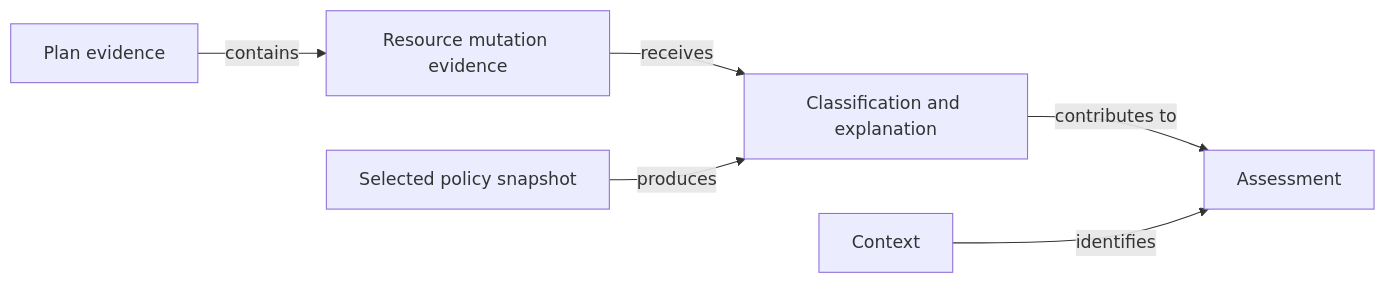
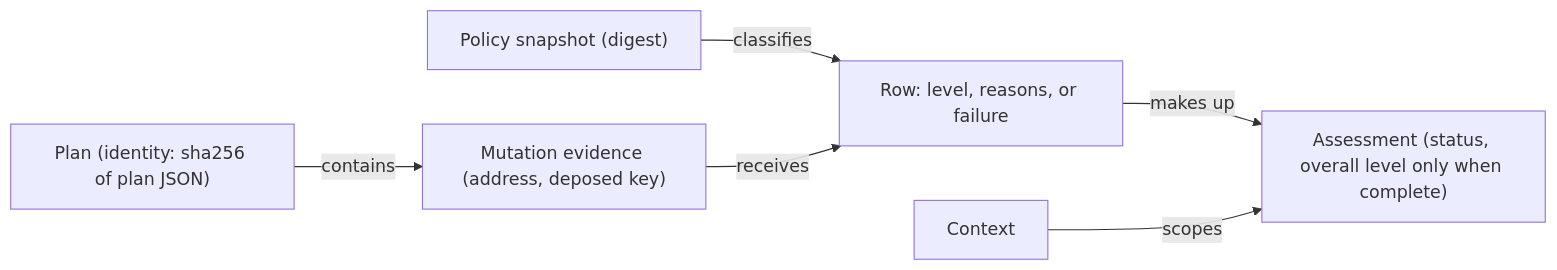
One commit to lmarqs/terraform-ui changed the third of 3 diagrams in docs/development/risk-policy-design.md. Above: the diagram before and after it, drawn with Mermaid. The commit also changed other lines of this file and 6 other files, not shown here.

First line of the commit message:
docs: rewrite the risk policy design as the architecture that shipped

````diff
--- a/docs/development/risk-policy-design.md
+++ b/docs/development/risk-policy-design.md
@@ -159,8 +198,8 @@
 ```mermaid
 flowchart LR
-  P["Plan evidence"] -->|contains| M["Resource mutation evidence"]
-  M -->|receives| C["Classification and explanation"]
-  S["Selected policy snapshot"] -->|produces| C
-  C -->|contributes to| A["Assessment"]
-  X["Context"] -->|identifies| A
+  PLAN["Plan (identity: sha256 of plan JSON)"] -->|contains| MUT["Mutation evidence (address, deposed key)"]
+  SRC["Policy snapshot (digest)"] -->|classifies| ROW["Row: level, reasons, or failure"]
+  MUT -->|receives| ROW
+  ROW -->|makes up| ASM["Assessment (status, overall level only when complete)"]
+  CTX["Context"] -->|scopes| ASM
 ```
````
